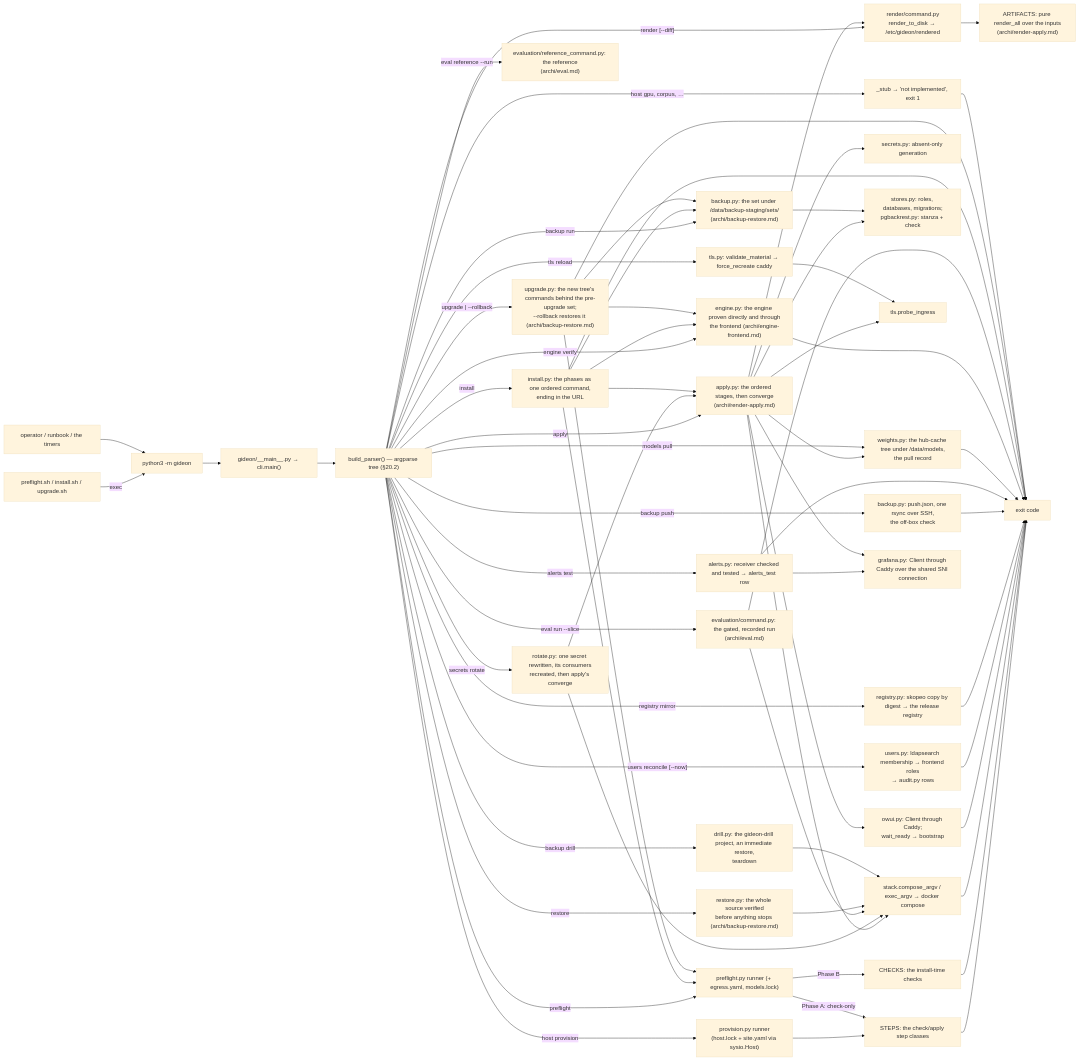
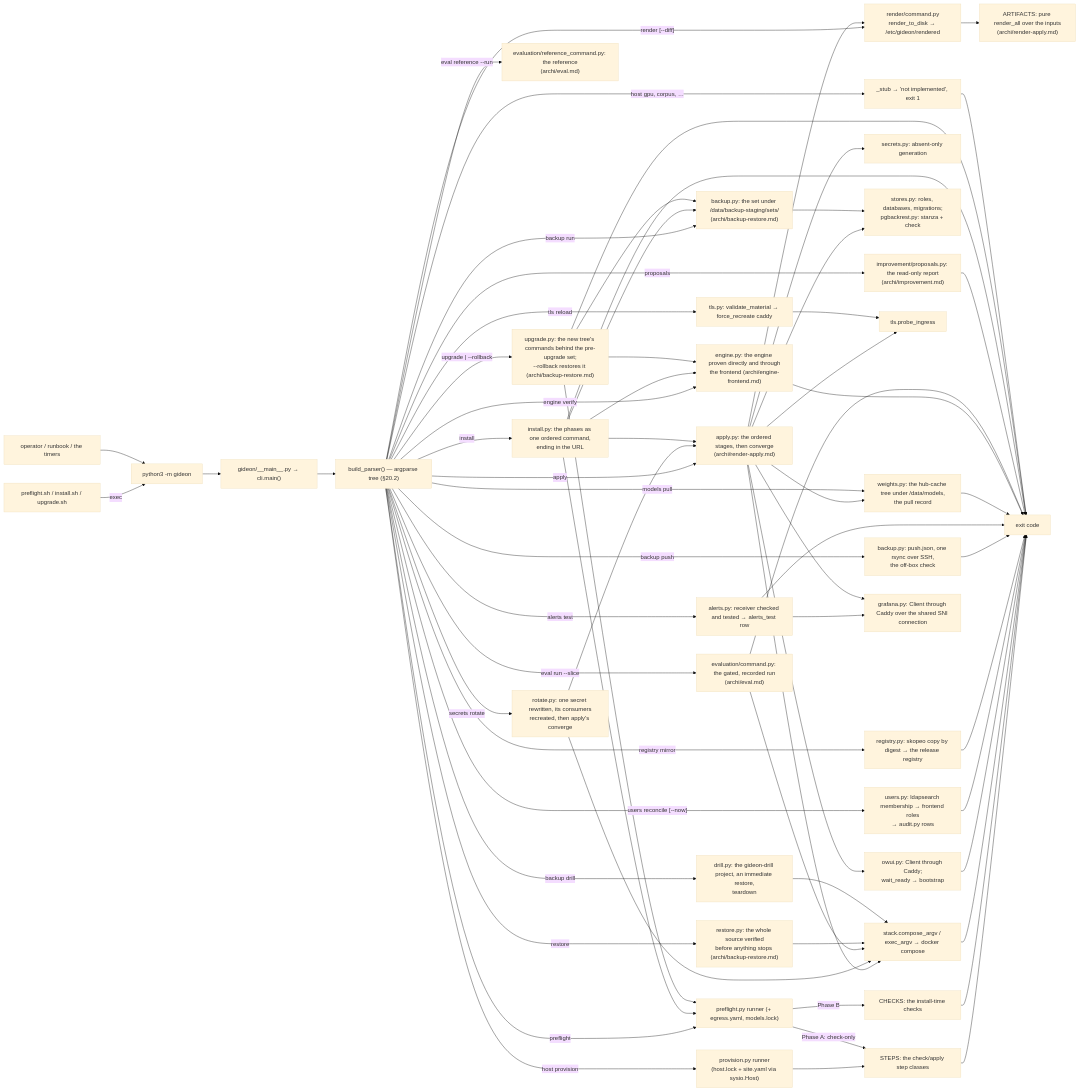
Before and after one commit to TNMD-FDO/GIDEON: the diagram in docs/ARCHI.md, drawn with Mermaid (base theme). The commit also changed other lines of this file and 13 other files, not shown here.

````diff
--- a/docs/ARCHI.md
+++ b/docs/ARCHI.md
@@ -219,55 +220,56 @@
 ```mermaid
 flowchart LR
     A["preflight.sh / install.sh / upgrade.sh"] -->|exec| B["python3 -m gideon"]
     C["operator / runbook / the timers"] --> B
     B --> D["gideon/__main__.py → cli.main()"]
     D --> E["build_parser() — argparse tree (§20.2)"]
     E -->|"host provision"| F["provision.py runner<br/>(host.lock + site.yaml via sysio.Host)"]
     F --> I["STEPS: the check/apply step classes"]
     E -->|"preflight"| K["preflight.py runner (+ egress.yaml, models.lock)"]
     K -->|"Phase A: check-only"| I
     K -->|"Phase B"| L["CHECKS: the install-time checks"]
     E -->|"render [--diff]"| R["render/command.py<br/>render_to_disk → /etc/gideon/rendered"]
     R --> RA["ARTIFACTS: pure render_all over the inputs<br/>(archi/render-apply.md)"]
     E -->|"apply"| AP["apply.py: the ordered stages, then converge<br/>(archi/render-apply.md)"]
     AP --> SE["secrets.py: absent-only generation"]
     AP --> R
     AP --> ST["stack.compose_argv / exec_argv → docker compose"]
     AP --> SO["stores.py: roles, databases, migrations;<br/>pgbackrest.py: stanza + check"]
     AP --> OW["owui.py: Client through Caddy;<br/>wait_ready → bootstrap"]
     AP --> TP["tls.probe_ingress"]
     AP --> W["weights.py: the hub-cache tree under /data/models,<br/>the pull record"]
     E -->|"models pull"| W
     E -->|"secrets rotate <name>"| RO["rotate.py: one secret rewritten, its consumers<br/>recreated, then apply's converge"]
     RO --> ST
     RO --> AP
     E -->|"engine verify"| EV["engine.py: the engine proven directly and through<br/>the frontend (archi/engine-frontend.md)"]
     E -->|"tls reload"| T["tls.py: validate_material → force_recreate caddy"]
     T --> TP
     E -->|"registry mirror"| M["registry.py: skopeo copy by digest → the release registry"]
     E -->|"eval run --slice <name>"| ER["evaluation/command.py: the gated, recorded run<br/>(archi/eval.md)"]
     E -->|"eval reference --run <id>"| EF["evaluation/reference_command.py: the reference<br/>(archi/eval.md)"]
     ER --> ST
+    E -->|"proposals"| PR["improvement/proposals.py: the read-only report<br/>(archi/improvement.md)"]
     E -->|"users reconcile [--now]"| U["users.py: ldapsearch membership → frontend roles<br/>→ audit.py rows"]
     E -->|"backup run"| BR["backup.py: the set under /data/backup-staging/sets/<br/>(archi/backup-restore.md)"]
     E -->|"backup push"| BP["backup.py: push.json, one rsync over SSH,<br/>the off-box check"]
     E -->|"restore"| RS["restore.py: the whole source verified<br/>before anything stops (archi/backup-restore.md)"]
     E -->|"backup drill"| DR["drill.py: the gideon-drill project, an immediate restore,<br/>teardown"]
     E -->|"alerts test"| AL["alerts.py: receiver checked and tested → alerts_test row"]
     AL --> GR["grafana.py: Client through Caddy over the shared SNI connection"]
     AP --> GR
     BR --> SO
     RS --> ST
     DR --> ST
     E -->|"install"| IN["install.py: the phases as one ordered command,<br/>ending in the URL"]
     E -->|"upgrade <tag> | --rollback"| UP["upgrade.py: the new tree's commands behind the pre-upgrade set;<br/>--rollback restores it (archi/backup-restore.md)"]
     IN --> K
     IN --> AP
     IN --> BR
     IN --> EV
     UP --> K
     UP --> BR
     UP --> EV
     E -->|"host gpu, corpus, …"| G["_stub → 'not implemented', exit 1"]
-    I & L & ST & OW & U & M & BP & AL & W & EV & ER & IN & UP & G --> H["exit code"]
+    I & L & ST & OW & U & M & BP & AL & W & EV & ER & PR & IN & UP & G --> H["exit code"]
 ```
````
